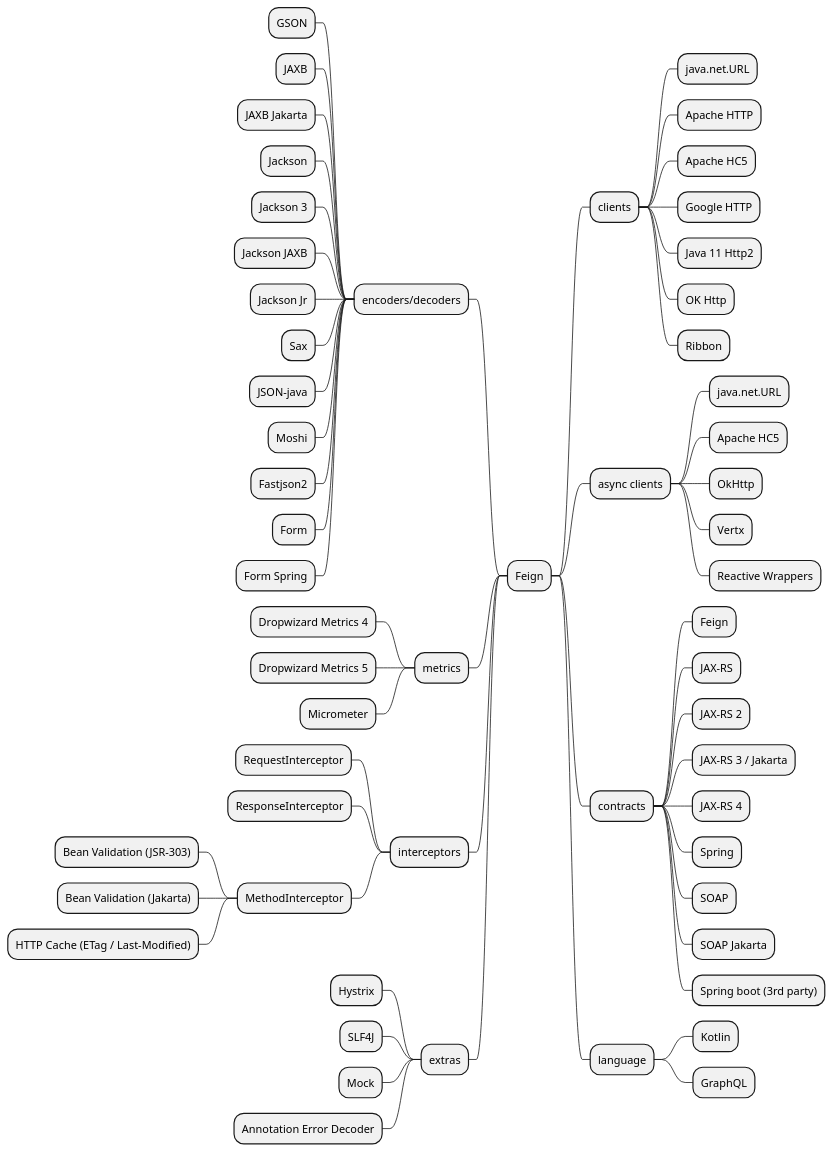
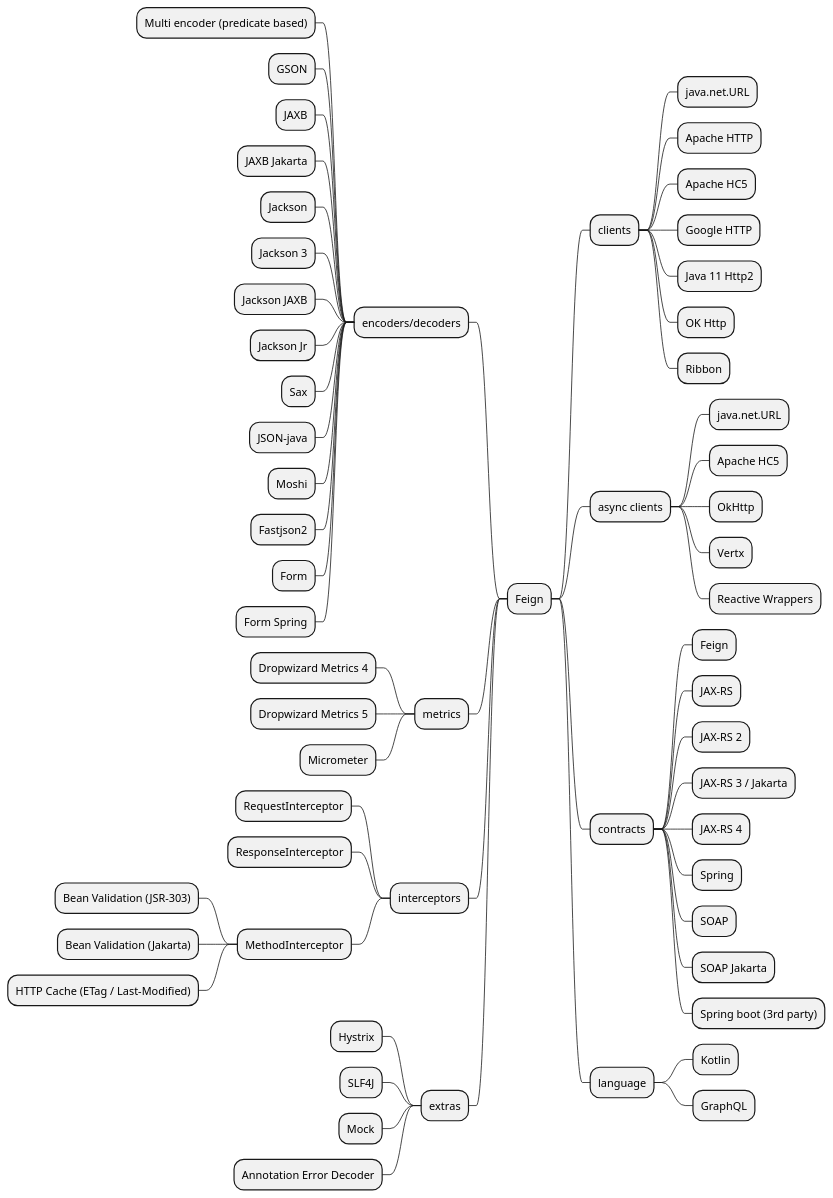
Before and after one commit to OpenFeign/feign: the diagram in src/docs/overview-mindmap.iuml, drawn with PlantUML. The commit also changed 3 other files, not shown here.

Commit message:
Expose and document multi-encoder configuration

```diff
--- a/src/docs/overview-mindmap.iuml
+++ b/src/docs/overview-mindmap.iuml
@@ -1,63 +1,64 @@
 @startmindmap
 * Feign
 ** clients
 *** java.net.URL
 *** Apache HTTP
 *** Apache HC5
 *** Google HTTP
 *** Java 11 Http2
 *** OK Http
 *** Ribbon
 ** async clients
 *** java.net.URL
 *** Apache HC5
 *** OkHttp
 *** Vertx
 *** Reactive Wrappers
 ** contracts
 *** Feign
 *** JAX-RS
 *** JAX-RS 2
 *** JAX-RS 3 / Jakarta
 *** JAX-RS 4
 *** Spring
 *** SOAP
 *** SOAP Jakarta
 *** Spring boot (3rd party)
 ** language
 *** Kotlin
 *** GraphQL
 
 left side
 
 ** encoders/decoders
+*** Multi encoder (predicate based)
 *** GSON
 *** JAXB
 *** JAXB Jakarta
 *** Jackson
 *** Jackson 3
 *** Jackson JAXB
 *** Jackson Jr
 *** Sax
 *** JSON-java
 *** Moshi
 *** Fastjson2
 *** Form
 *** Form Spring
 ** metrics
 *** Dropwizard Metrics 4
 *** Dropwizard Metrics 5
 *** Micrometer
 ** interceptors
 *** RequestInterceptor
 *** ResponseInterceptor
 *** MethodInterceptor
 **** Bean Validation (JSR-303)
 **** Bean Validation (Jakarta)
 **** HTTP Cache (ETag / Last-Modified)
 ** extras
 *** Hystrix
 *** SLF4J
 *** Mock
 *** Annotation Error Decoder
 @endmindmap
```
